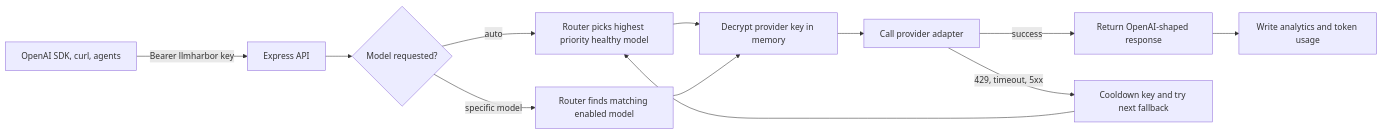
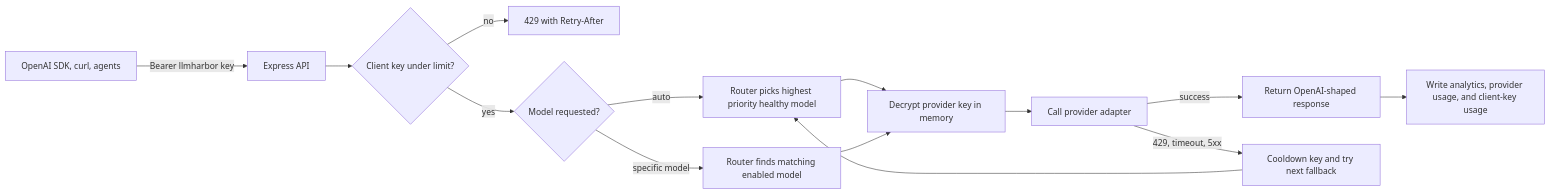
One commit to PLASMA-FR/LLMHarbor changed the diagram in README.md. Above: the diagram before and after it, drawn with Mermaid. The commit also changed other lines of this file and 32 other files, not shown here.

````diff
--- a/README.md
+++ b/README.md
@@ -375,14 +415,16 @@
 ```mermaid
 flowchart LR
   A[OpenAI SDK, curl, agents] -->|Bearer llmharbor key| B[Express API]
-  B --> C{Model requested?}
+  B --> L{Client key under limit?}
+  L -->|no| R[429 with Retry-After]
+  L -->|yes| C{Model requested?}
   C -->|auto| D[Router picks highest priority healthy model]
   C -->|specific model| E[Router finds matching enabled model]
   D --> F[Decrypt provider key in memory]
   E --> F
   F --> G[Call provider adapter]
   G -->|success| H[Return OpenAI-shaped response]
   G -->|429, timeout, 5xx| I[Cooldown key and try next fallback]
   I --> D
-  H --> J[Write analytics and token usage]
+  H --> J[Write analytics, provider usage, and client-key usage]
 ```
````
